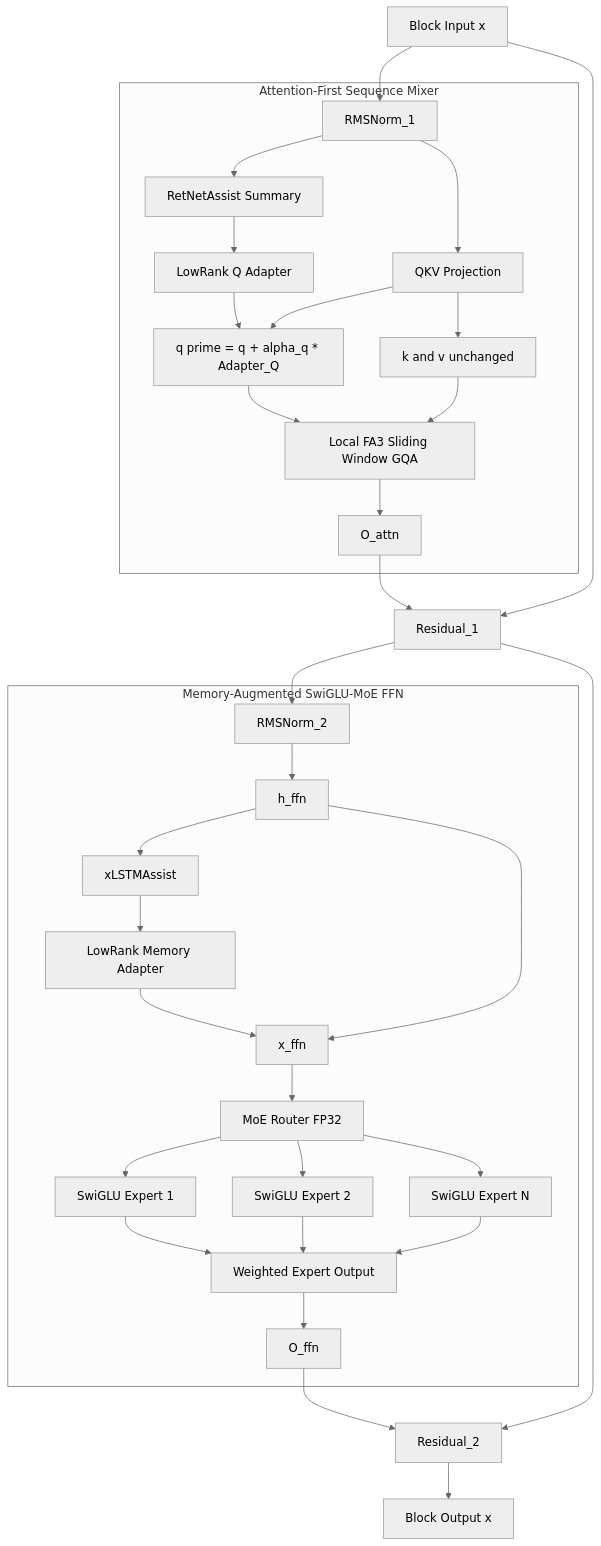
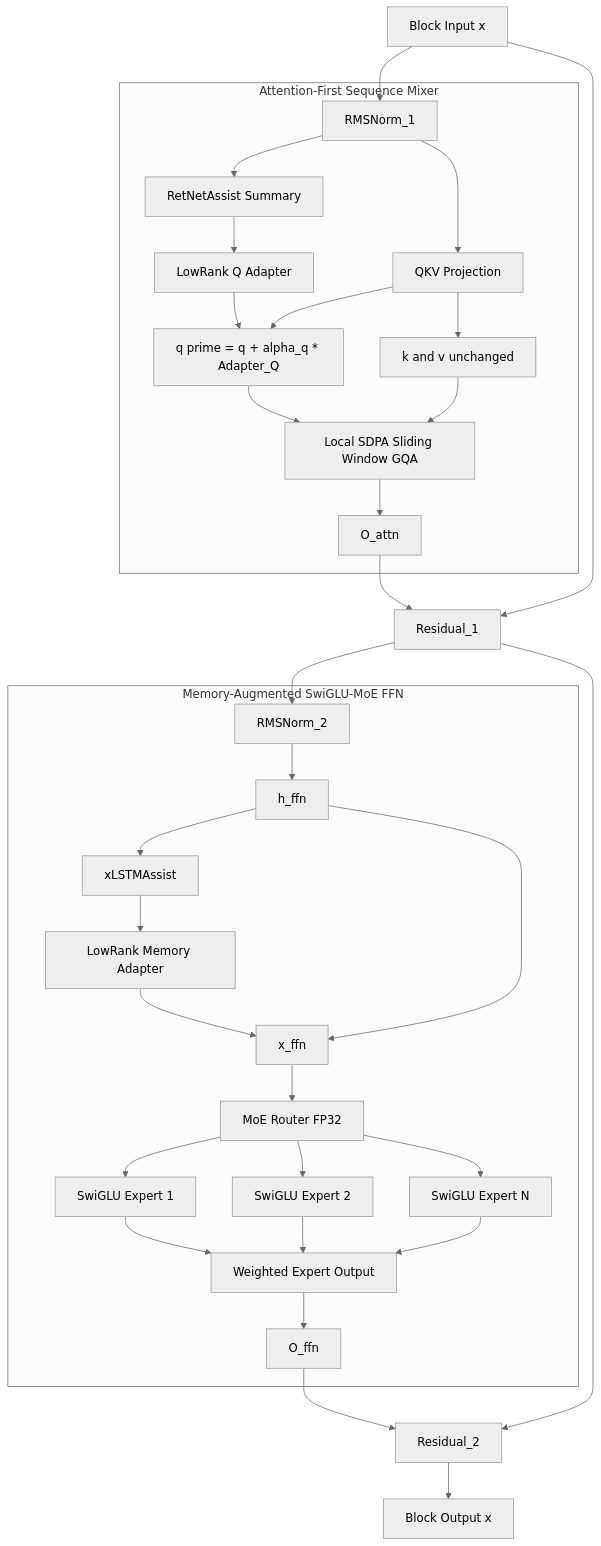
Before and after one commit to kenith-z/lpt-llm: the second of 3 diagrams in help/LPTv2模型定型方案.md, drawn with Mermaid (neutral theme). The commit also changed other lines of this file and 210 other files, not shown here.

````diff
--- a/help/LPTv2模型定型方案.md
+++ b/help/LPTv2模型定型方案.md
@@ -140,40 +154,40 @@
 ```mermaid
 flowchart TD
     x0["Block Input x"] --> norm1["RMSNorm_1"]
 
     subgraph attn["Attention-First Sequence Mixer"]
         norm1 --> retnet["RetNetAssist Summary"]
         retnet --> q_adapter["LowRank Q Adapter"]
         norm1 --> qkv["QKV Projection"]
         qkv --> q_update["q prime = q + alpha_q * Adapter_Q"]
         q_adapter --> q_update
         qkv --> kv["k and v unchanged"]
-        q_update --> local_attn["Local FA3 Sliding Window GQA"]
+        q_update --> local_attn["Local SDPA Sliding Window GQA"]
         kv --> local_attn
         local_attn --> o_attn["O_attn"]
     end
 
     o_attn --> res1["Residual_1"]
     x0 --> res1
     res1 --> norm2["RMSNorm_2"]
 
     subgraph ffn["Memory-Augmented SwiGLU-MoE FFN"]
         norm2 --> h_ffn["h_ffn"]
         h_ffn --> xlstm["xLSTMAssist"]
         xlstm --> mem_adapter["LowRank Memory Adapter"]
         h_ffn --> x_ffn["x_ffn"]
         mem_adapter --> x_ffn
         x_ffn --> router["MoE Router FP32"]
         router --> expert1["SwiGLU Expert 1"]
         router --> expert2["SwiGLU Expert 2"]
         router --> expertn["SwiGLU Expert N"]
         expert1 --> moe_out["Weighted Expert Output"]
         expert2 --> moe_out
         expertn --> moe_out
         moe_out --> o_ffn["O_ffn"]
     end
 
     o_ffn --> res2["Residual_2"]
     res1 --> res2
     res2 --> x1["Block Output x"]
 ```
````
